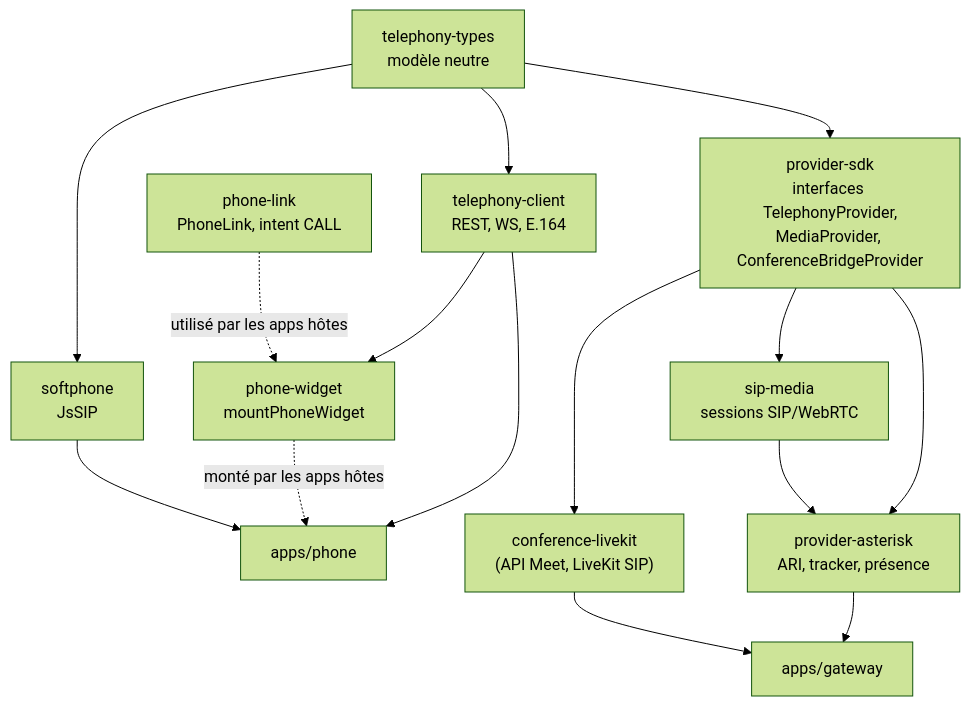
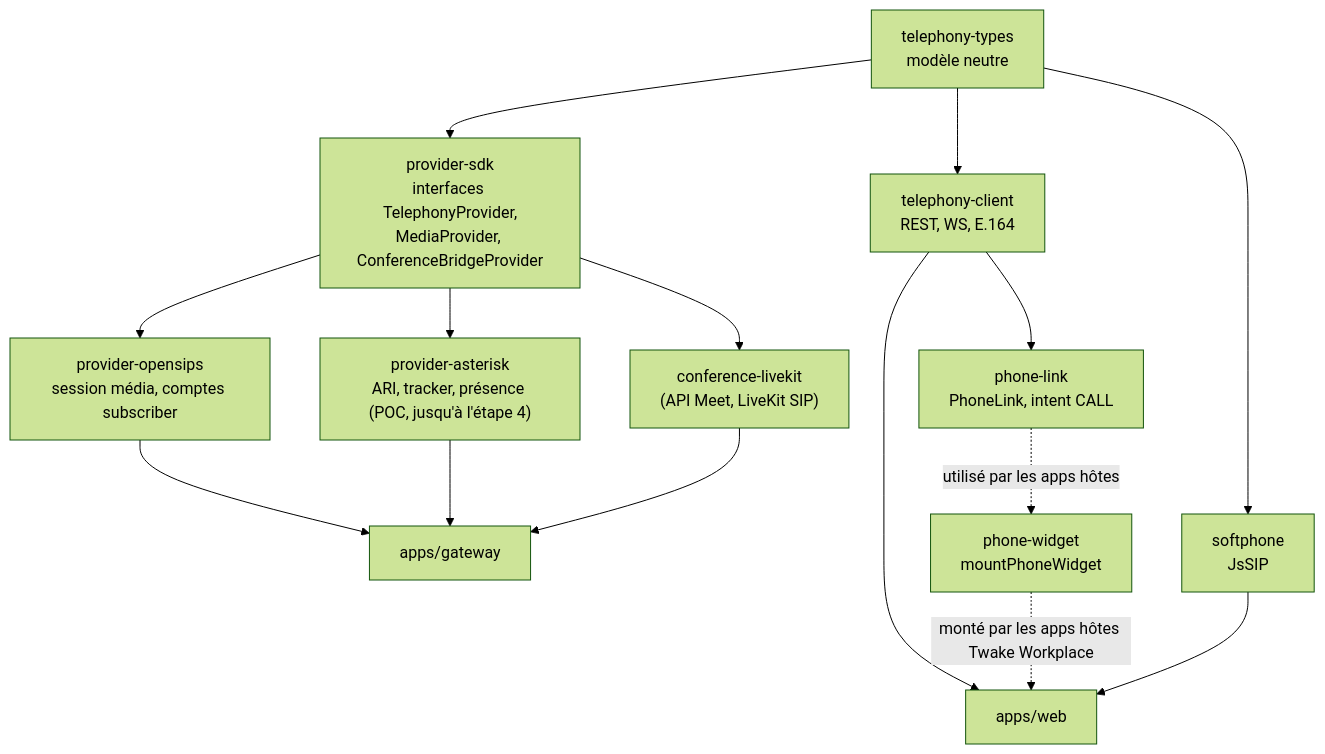
One commit to linagora/twake-phone changed the second of 4 diagrams in docs/ARCHITECTURE.md. Above: the diagram before and after it, drawn with Mermaid (forest theme). The commit also changed other lines of this file and 114 other files, not shown here.

First line of the commit message:
Retrait du POC : app Phone, MiniPBX, sip-media, stack de dev

````diff
--- a/docs/ARCHITECTURE.md
+++ b/docs/ARCHITECTURE.md
@@ -76,28 +58,28 @@
 ```mermaid
 flowchart TB
   types["telephony-types<br/>modèle neutre"]
   sdk["provider-sdk<br/>interfaces TelephonyProvider,<br/>MediaProvider, ConferenceBridgeProvider"]
-  media["sip-media<br/>sessions SIP/WebRTC"]
-  ast["provider-asterisk<br/>ARI, tracker, présence"]
+  os["provider-opensips<br/>session média, comptes subscriber"]
+  ast["provider-asterisk<br/>ARI, tracker, présence (POC, jusqu'à l'étape 4)"]
   lk["conference-livekit<br/>(API Meet, LiveKit SIP)"]
   plink["phone-link<br/>PhoneLink, intent CALL"]
   client["telephony-client<br/>REST, WS, E.164"]
   soft["softphone<br/>JsSIP"]
   widgetlib["phone-widget<br/>mountPhoneWidget"]
   gw["apps/gateway"]
-  app["apps/phone"]
+  app["apps/web"]
 
-  types --> sdk --> ast
-  media --> ast
-  sdk --> media
+  types --> sdk --> os
+  sdk --> ast
   sdk --> lk
+  os --> gw
   ast --> gw
   lk --> gw
   types --> client
   types --> soft
   client --> app
   soft --> app
-  widgetlib -. "monté par les apps hôtes" .-> app
+  widgetlib -. "monté par les apps hôtes Twake Workplace" .-> app
   plink -. "utilisé par les apps hôtes" .-> widgetlib
-  client --> widgetlib
+  client --> plink
 ```
````
